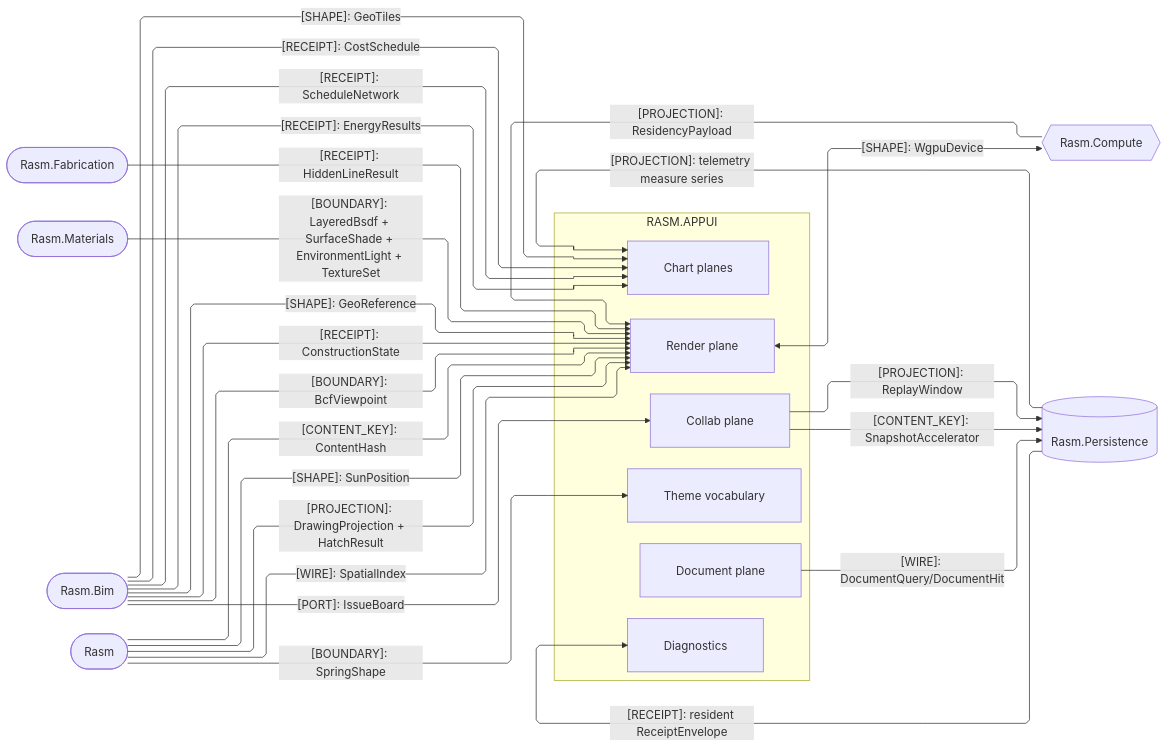
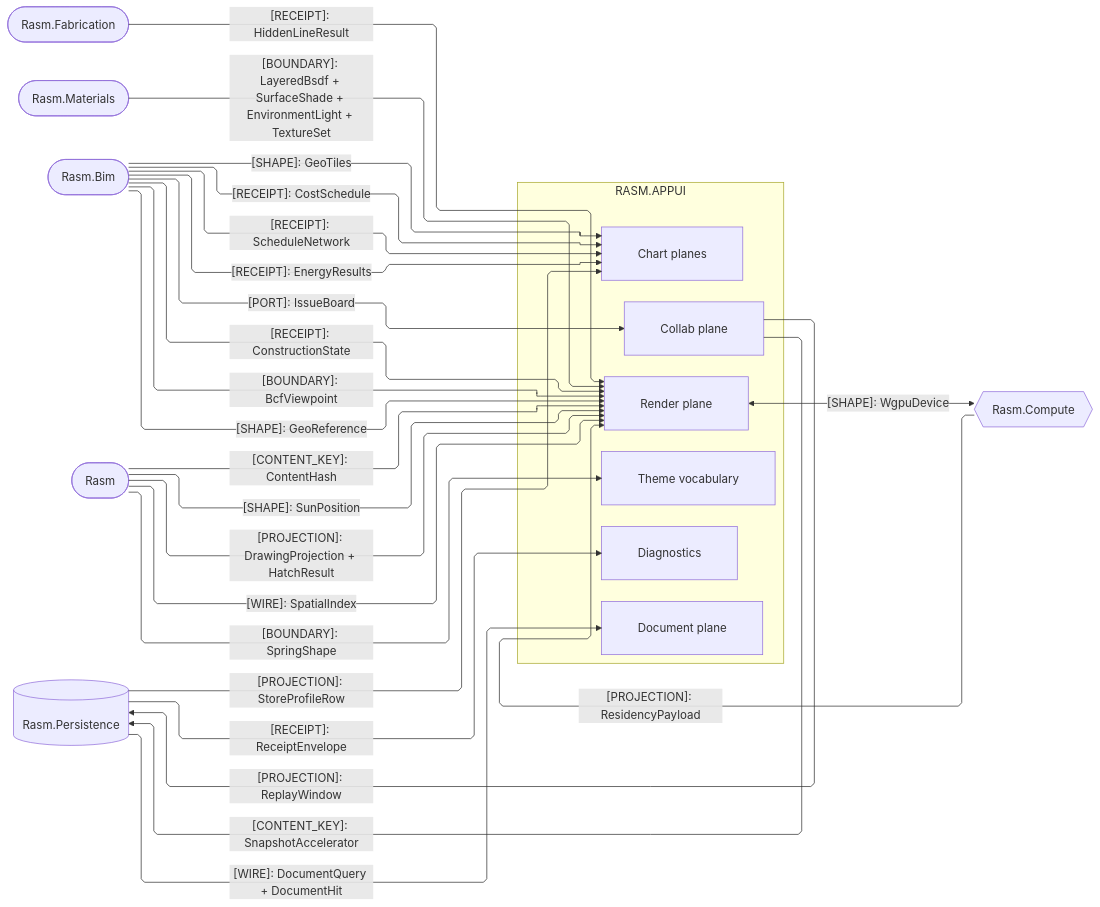
One commit to bsamiee/Rasm changed the second of 4 diagrams in libs/csharp/Rasm.AppUi/ARCHITECTURE.md. Above: the diagram before and after it, drawn with Mermaid. The commit also changed other lines of this file and 115 other files, not shown here.

First line of the commit message:
Land the index-doc, cross-libs planning, and manifest delta

````diff
--- a/libs/csharp/Rasm.AppUi/ARCHITECTURE.md
+++ b/libs/csharp/Rasm.AppUi/ARCHITECTURE.md
@@ -137,48 +138,48 @@
 ```mermaid
 ---
 config:
   layout: elk
   flowchart:
     curve: linear
     padding: 25
 ---
 flowchart LR
     accTitle: AppUi AEC-domain, render-source, and storage seams
-    accDescr: AppUi render, chart, collaboration, theme, and diagnostics owners exchanging residency projections, receipts, boundaries, content keys, and shared-device shapes with the AEC peers Compute, Fabrication, Materials, Bim, the kernel, and the Persistence store.
+    accDescr: Which projections, receipts, boundaries, and content keys cross between the AppUi owners and their C# peers.
     subgraph appui[RASM.APPUI]
         Render[Render plane]
         Charts[Chart planes]
         Collab[Collab plane]
         Document[Document plane]
         Theme[Theme vocabulary]
         Diagnostics[Diagnostics]
     end
     Compute{{Rasm.Compute}}
     Fabrication([Rasm.Fabrication])
     Materials([Rasm.Materials])
     Bim([Rasm.Bim])
     Rasm([Rasm])
     Persistence[(Rasm.Persistence)]
-    Compute -->|"[PROJECTION]: ResidencyPayload"| Render
-    Render <-->|"[SHAPE]: WgpuDevice"| Compute
-    Fabrication -->|"[RECEIPT]: HiddenLineResult"| Render
-    Materials -->|"[BOUNDARY]: LayeredBsdf + SurfaceShade + EnvironmentLight + TextureSet"| Render
-    Rasm -->|"[CONTENT_KEY]: ContentHash"| Render
-    Rasm -->|"[SHAPE]: SunPosition"| Render
-    Rasm -->|"[PROJECTION]: DrawingProjection + HatchResult"| Render
-    Rasm -->|"[WIRE]: SpatialIndex"| Render
-    Rasm -->|"[BOUNDARY]: SpringShape"| Theme
-    Bim -->|"[SHAPE]: GeoTiles"| Charts
-    Bim -->|"[RECEIPT]: CostSchedule"| Charts
-    Bim -->|"[RECEIPT]: ScheduleNetwork"| Charts
-    Bim -->|"[RECEIPT]: EnergyResults"| Charts
-    Persistence -->|"[PROJECTION]: telemetry measure series"| Charts
-    Persistence -->|"[RECEIPT]: resident ReceiptEnvelope"| Diagnostics
-    Bim -->|"[PORT]: IssueBoard"| Collab
-    Collab -->|"[PROJECTION]: ReplayWindow"| Persistence
-    Collab -->|"[CONTENT_KEY]: SnapshotAccelerator"| Persistence
-    Document -->|"[WIRE]: DocumentQuery/DocumentHit"| Persistence
-    Bim -->|"[RECEIPT]: ConstructionState"| Render
-    Bim -->|"[BOUNDARY]: BcfViewpoint"| Render
-    Bim -->|"[SHAPE]: GeoReference"| Render
+    Compute e1@-->|"[PROJECTION]: ResidencyPayload"| Render
+    Render e2@<-->|"[SHAPE]: WgpuDevice"| Compute
+    Fabrication e3@-->|"[RECEIPT]: HiddenLineResult"| Render
+    Materials e4@-->|"[BOUNDARY]: LayeredBsdf + SurfaceShade + EnvironmentLight + TextureSet"| Render
+    Rasm e5@-->|"[CONTENT_KEY]: ContentHash"| Render
+    Rasm e6@-->|"[SHAPE]: SunPosition"| Render
+    Rasm e7@-->|"[PROJECTION]: DrawingProjection + HatchResult"| Render
+    Rasm e8@-->|"[WIRE]: SpatialIndex"| Render
+    Rasm e9@-->|"[BOUNDARY]: SpringShape"| Theme
+    Bim e10@-->|"[SHAPE]: GeoTiles"| Charts
+    Bim e11@-->|"[RECEIPT]: CostSchedule"| Charts
+    Bim e12@-->|"[RECEIPT]: ScheduleNetwork"| Charts
+    Bim e13@-->|"[RECEIPT]: EnergyResults"| Charts
+    Persistence e14@-->|"[PROJECTION]: StoreProfileRow"| Charts
+    Persistence e15@-->|"[RECEIPT]: ReceiptEnvelope"| Diagnostics
+    Bim e16@-->|"[PORT]: IssueBoard"| Collab
+    Collab e17@-->|"[PROJECTION]: ReplayWindow"| Persistence
+    Collab e18@-->|"[CONTENT_KEY]: SnapshotAccelerator"| Persistence
+    Persistence e19@-->|"[WIRE]: DocumentQuery + DocumentHit"| Document
+    Bim e20@-->|"[RECEIPT]: ConstructionState"| Render
+    Bim e21@-->|"[BOUNDARY]: BcfViewpoint"| Render
+    Bim e22@-->|"[SHAPE]: GeoReference"| Render
 ```
````
